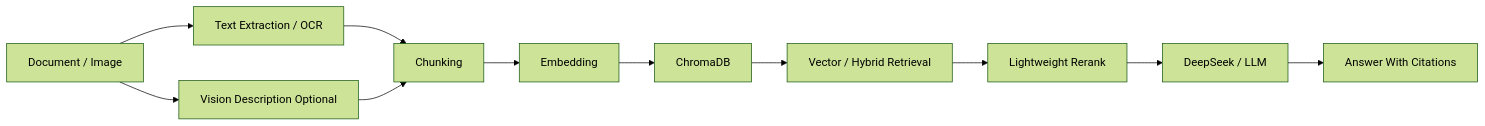
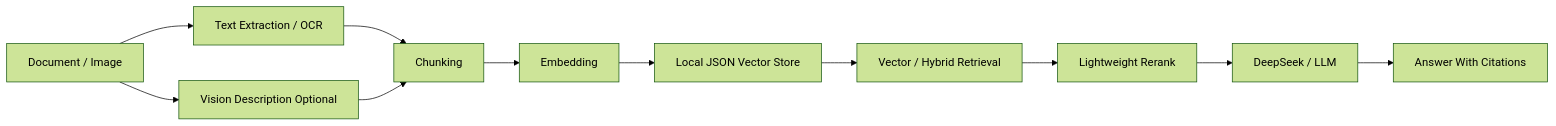
The diagram in README.md (ljw826732773-png/multimodal-doc-rag), drawn with Mermaid (forest theme) before and after one commit. The commit also changed other lines of this file and 9 other files, not shown here.

Commit message:
Add query routing and lightweight vector store

````diff
--- a/README.md
+++ b/README.md
@@ -45,13 +46,13 @@
 ```mermaid
 flowchart LR
     A["Document / Image"] --> B["Text Extraction / OCR"]
     A --> C["Vision Description Optional"]
     B --> D["Chunking"]
     C --> D
     D --> E["Embedding"]
-    E --> F["ChromaDB"]
+    E --> F["Local JSON Vector Store"]
     F --> G["Vector / Hybrid Retrieval"]
     G --> H["Lightweight Rerank"]
     H --> I["DeepSeek / LLM"]
     I --> J["Answer With Citations"]
 ```
````
